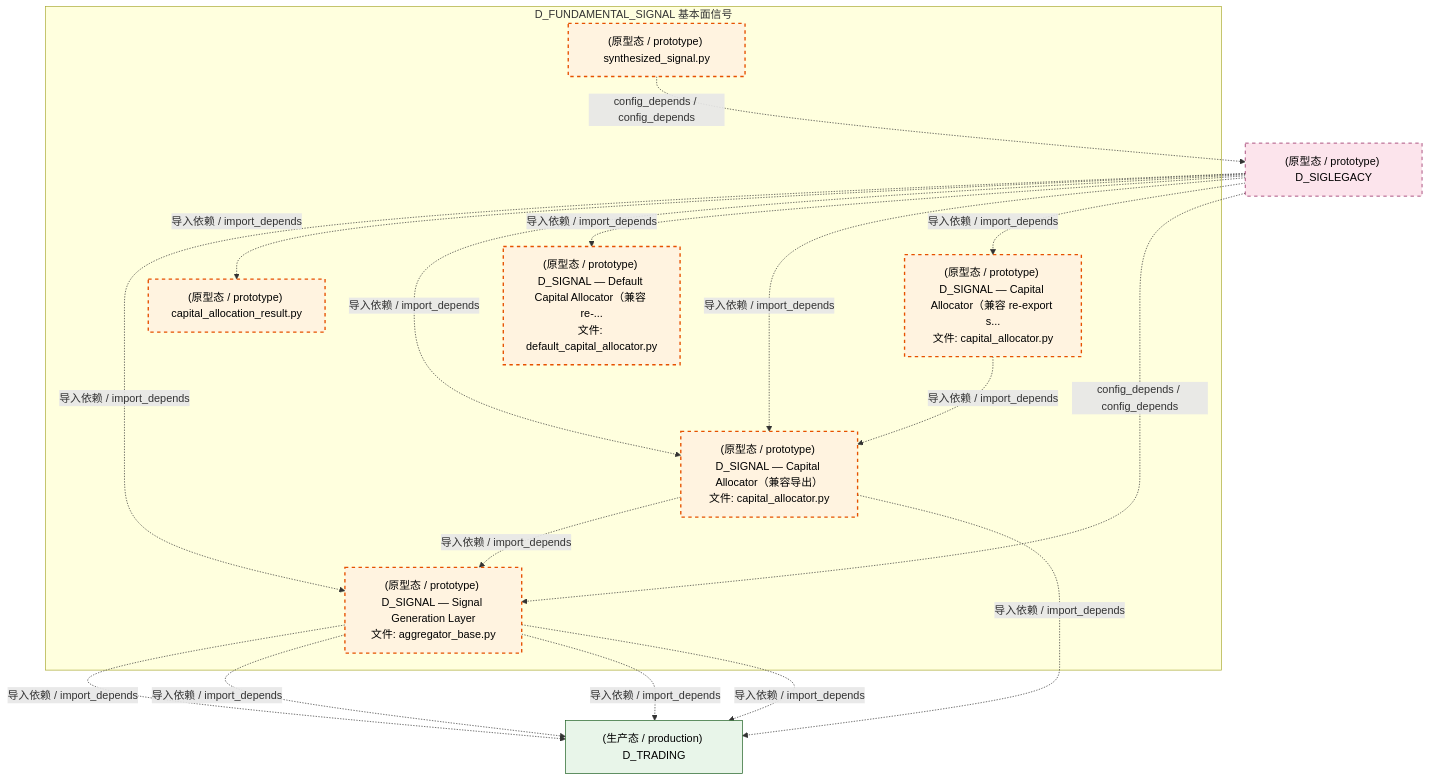
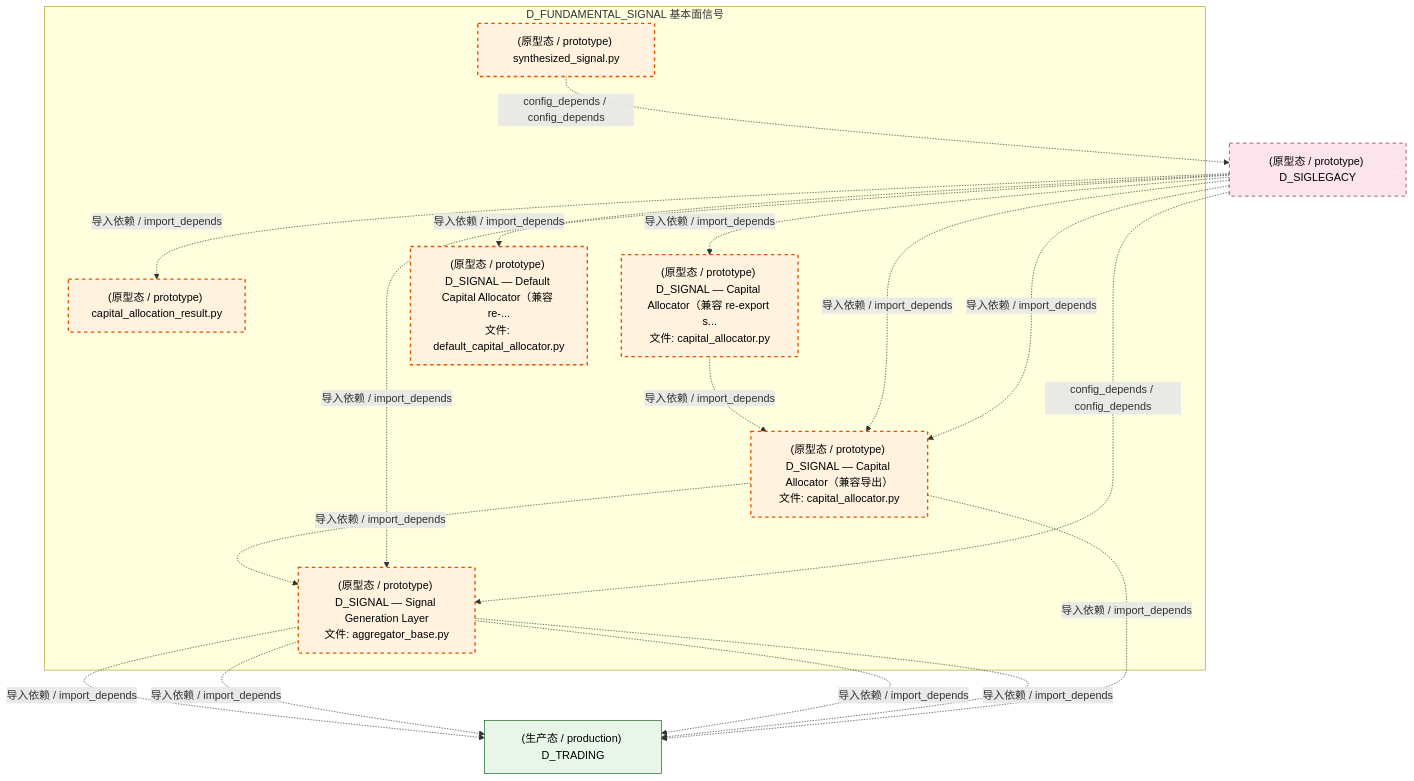
Before and after one commit to xuanFelixVan/ZephyrAlpha: the third of 4 diagrams in docs/02_enterprise_architecture/02_domain_architecture_docs/37_d_fundamental_signal.md, drawn with Mermaid. The commit also changed other lines of this file and 126 other files, not shown here.

````diff
--- a/docs/02_enterprise_architecture/02_domain_architecture_docs/37_d_fundamental_signal.md
+++ b/docs/02_enterprise_architecture/02_domain_architecture_docs/37_d_fundamental_signal.md
@@ -177,35 +177,35 @@
 ```mermaid
 graph TD
     subgraph D_FUNDAMENTAL_SIGNAL["D_FUNDAMENTAL_SIGNAL 基本面信号"]
         src_zephyr_signal_fundamental_capital_capital_allocation_result_py["(原型态 / prototype) capital_allocation_result.py"]
         src_zephyr_signal_fundamental_capital_capital_allocator_py["(原型态 / prototype) D_SIGNAL — Capital Allocator（兼容 re-export s...<br/>文件: capital_allocator.py"]
         src_zephyr_signal_fundamental_capital_default_capital_allocator_py["(原型态 / prototype) D_SIGNAL — Default Capital Allocator（兼容 re-...<br/>文件: default_capital_allocator.py"]
         src_zephyr_signal_fundamental_combiner_synthesized_signal_py["(原型态 / prototype) synthesized_signal.py"]
         src_zephyr_signal_fundamental_gen_aggregator_base_py["(原型态 / prototype) D_SIGNAL — Signal Generation Layer<br/>文件: aggregator_base.py"]
         src_zephyr_signal_fundamental_strategy_capital_allocator_py["(原型态 / prototype) D_SIGNAL — Capital Allocator（兼容导出）<br/>文件: capital_allocator.py"]
     end
     src_zephyr_signal_fundamental_capital_capital_allocator_py -.->|导入依赖 / import_depends| src_zephyr_signal_fundamental_strategy_capital_allocator_py
     src_zephyr_signal_fundamental_strategy_capital_allocator_py -.->|导入依赖 / import_depends| src_zephyr_signal_fundamental_gen_aggregator_base_py
+    D_SIGLEGACY["(原型态 / prototype) D_SIGLEGACY"]
+    src_zephyr_signal_fundamental_combiner_synthesized_signal_py -.->|config_depends / config_depends| D_SIGLEGACY
     D_TRADING["(生产态 / production) D_TRADING"]
     src_zephyr_signal_fundamental_gen_aggregator_base_py -.->|导入依赖 / import_depends| D_TRADING
     src_zephyr_signal_fundamental_gen_aggregator_base_py -.->|导入依赖 / import_depends| D_TRADING
+    src_zephyr_signal_fundamental_gen_aggregator_base_py -.->|导入依赖 / import_depends| D_TRADING
+    src_zephyr_signal_fundamental_gen_aggregator_base_py -.->|导入依赖 / import_depends| D_TRADING
     src_zephyr_signal_fundamental_strategy_capital_allocator_py -.->|导入依赖 / import_depends| D_TRADING
-    src_zephyr_signal_fundamental_gen_aggregator_base_py -.->|导入依赖 / import_depends| D_TRADING
-    D_SIGLEGACY["(原型态 / prototype) D_SIGLEGACY"]
-    src_zephyr_signal_fundamental_combiner_synthesized_signal_py -.->|config_depends / config_depends| D_SIGLEGACY
-    src_zephyr_signal_fundamental_gen_aggregator_base_py -.->|导入依赖 / import_depends| D_TRADING
+    D_SIGLEGACY -.->|导入依赖 / import_depends| src_zephyr_signal_fundamental_capital_default_capital_allocator_py
+    D_SIGLEGACY -.->|导入依赖 / import_depends| src_zephyr_signal_fundamental_strategy_capital_allocator_py
+    D_SIGLEGACY -.->|导入依赖 / import_depends| src_zephyr_signal_fundamental_capital_capital_allocator_py
     D_SIGLEGACY -.->|导入依赖 / import_depends| src_zephyr_signal_fundamental_gen_aggregator_base_py
     D_SIGLEGACY -.->|导入依赖 / import_depends| src_zephyr_signal_fundamental_capital_capital_allocation_result_py
     D_SIGLEGACY -.->|导入依赖 / import_depends| src_zephyr_signal_fundamental_strategy_capital_allocator_py
-    D_SIGLEGACY -.->|导入依赖 / import_depends| src_zephyr_signal_fundamental_capital_default_capital_allocator_py
-    D_SIGLEGACY -.->|导入依赖 / import_depends| src_zephyr_signal_fundamental_strategy_capital_allocator_py
-    D_SIGLEGACY -.->|导入依赖 / import_depends| src_zephyr_signal_fundamental_capital_capital_allocator_py
     D_SIGLEGACY -.->|config_depends / config_depends| src_zephyr_signal_fundamental_gen_aggregator_base_py
     classDef production fill:#e1f5fe,stroke:#01579b,stroke-width:2px,color:#000
     classDef design fill:#fff3e0,stroke:#e65100,stroke-width:2px,color:#000,stroke-dasharray: 5 5
     classDef external_prod fill:#e8f5e9,stroke:#1b5e20,stroke-width:1px,color:#000
     classDef external_design fill:#fce4ec,stroke:#880e4f,stroke-width:1px,color:#000,stroke-dasharray: 5 5
     class src_zephyr_signal_fundamental_capital_capital_allocation_result_py,src_zephyr_signal_fundamental_capital_capital_allocator_py,src_zephyr_signal_fundamental_capital_default_capital_allocator_py,src_zephyr_signal_fundamental_combiner_synthesized_signal_py,src_zephyr_signal_fundamental_gen_aggregator_base_py,src_zephyr_signal_fundamental_strategy_capital_allocator_py design
     class D_TRADING external_prod
     class D_SIGLEGACY external_design
 ```
````
